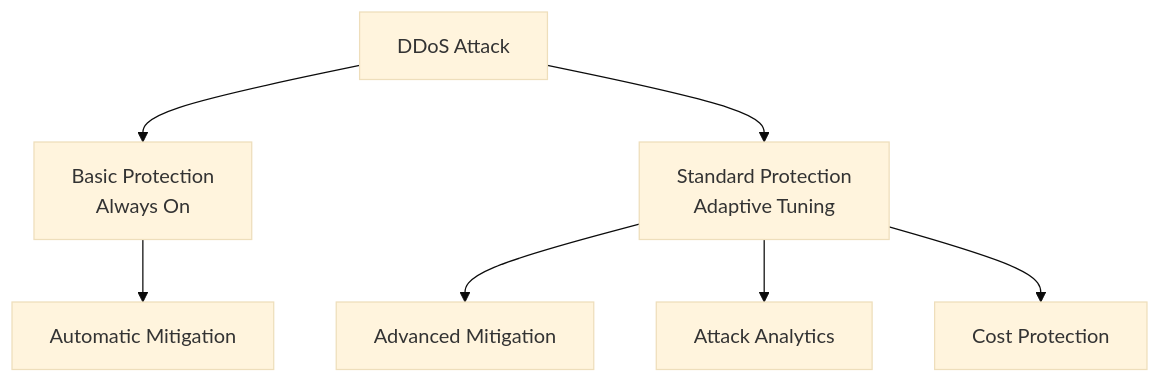
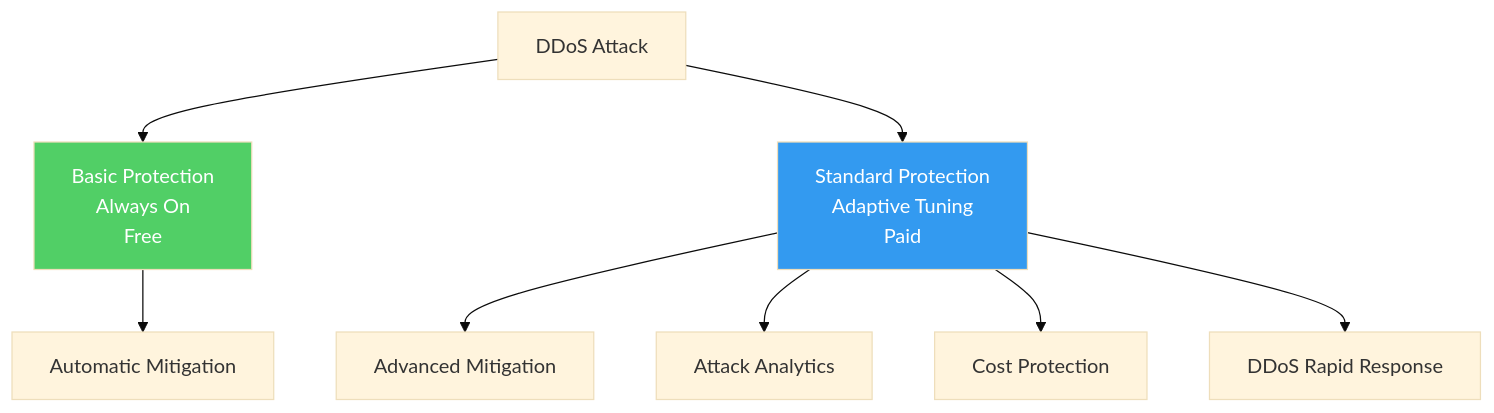
Before and after one commit to smyha/TerraformTutorial: diagram 14 of 31 in code/terraform/azure-networking-tutorial/docs/AZURE_NETWORKING_COMPLETE_GUIDE.md, drawn with Mermaid (base theme). The commit also changed other lines of this file and 34 other files, not shown here.

````diff
--- a/code/terraform/azure-networking-tutorial/docs/AZURE_NETWORKING_COMPLETE_GUIDE.md
+++ b/code/terraform/azure-networking-tutorial/docs/AZURE_NETWORKING_COMPLETE_GUIDE.md
@@ -652,10 +731,14 @@
 ```mermaid
 graph TB
-    Attack[DDoS Attack] --> Basic[Basic Protection<br/>Always On]
-    Attack --> Standard[Standard Protection<br/>Adaptive Tuning]
+    Attack[DDoS Attack] --> Basic[Basic Protection<br/>Always On<br/>Free]
+    Attack --> Standard[Standard Protection<br/>Adaptive Tuning<br/>Paid]
     
     Basic --> Mitigation1[Automatic Mitigation]
     Standard --> Mitigation2[Advanced Mitigation]
     Standard --> Alerting[Attack Analytics]
     Standard --> CostProtection[Cost Protection]
+    Standard --> DDoSRR[DDoS Rapid Response]
+    
+    style Basic fill:#51cf66,color:#fff
+    style Standard fill:#339af0,color:#fff
 ```
````
